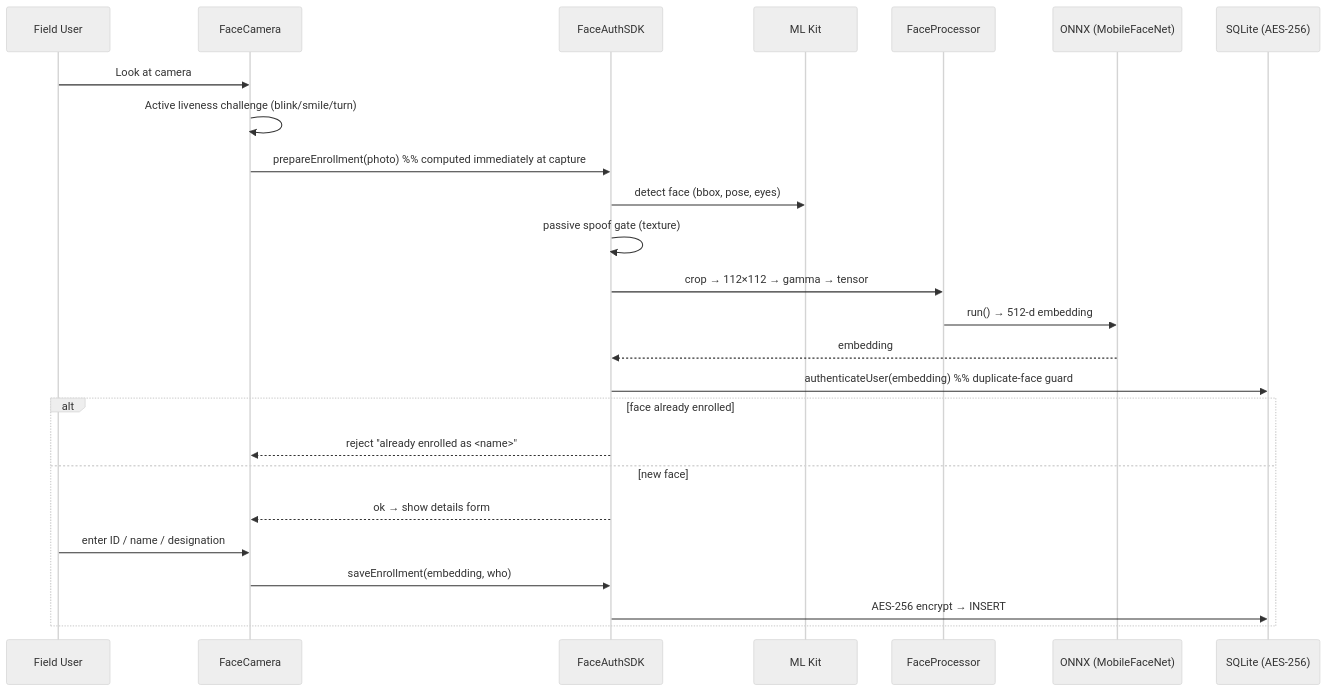
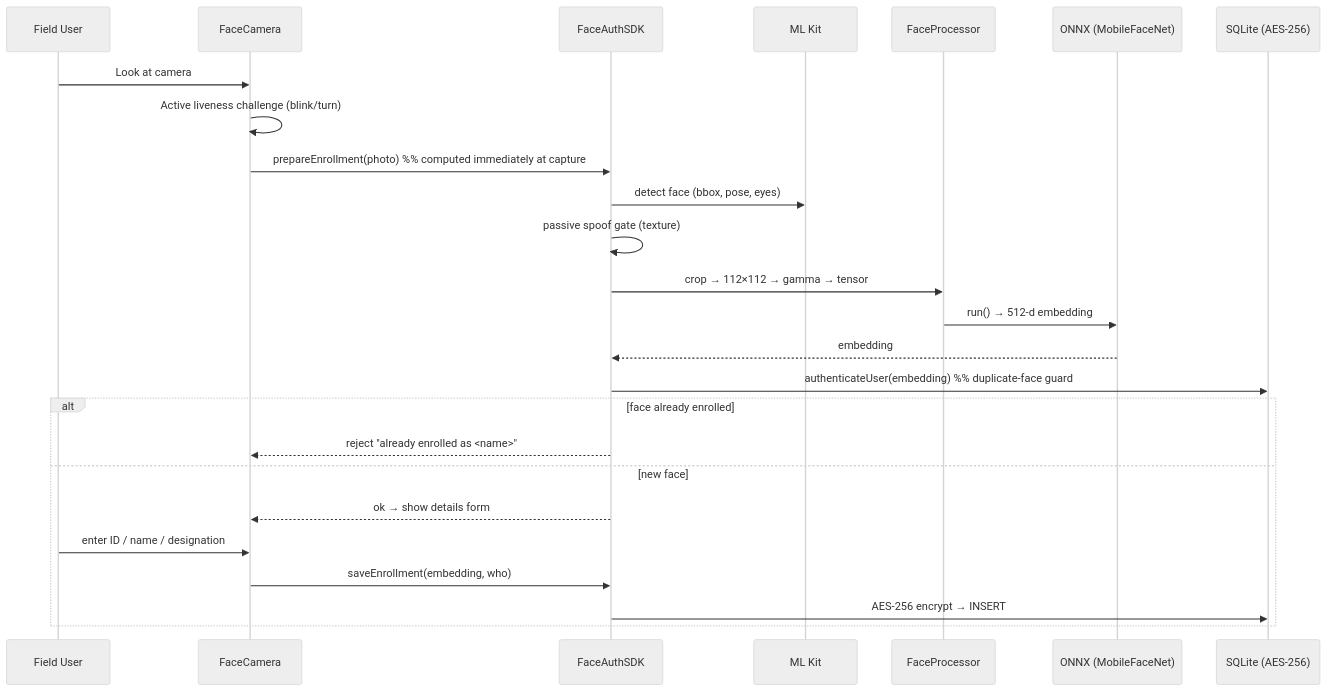
Before and after one commit to Parthmh361/FaceAuth-NHAI-Hackathon-7.0: the second of 5 diagrams in docs/ARCHITECTURE.md, drawn with Mermaid (neutral theme). The commit also changed other lines of this file and 7 other files, not shown here.

````diff
--- a/docs/ARCHITECTURE.md
+++ b/docs/ARCHITECTURE.md
@@ -105,28 +105,28 @@
 ```mermaid
 sequenceDiagram
     participant U as Field User
     participant FC as FaceCamera
     participant SDK as FaceAuthSDK
     participant ML as ML Kit
     participant FP as FaceProcessor
     participant ON as ONNX (MobileFaceNet)
     participant DB as SQLite (AES-256)
 
     U->>FC: Look at camera
-    FC->>FC: Active liveness challenge (blink/smile/turn)
+    FC->>FC: Active liveness challenge (blink/turn)
     FC->>SDK: prepareEnrollment(photo)  %% computed immediately at capture
     SDK->>ML: detect face (bbox, pose, eyes)
     SDK->>SDK: passive spoof gate (texture)
     SDK->>FP: crop → 112×112 → gamma → tensor
     FP->>ON: run() → 512-d embedding
     ON-->>SDK: embedding
     SDK->>DB: authenticateUser(embedding)  %% duplicate-face guard
     alt face already enrolled
         SDK-->>FC: reject "already enrolled as <name>"
     else new face
         SDK-->>FC: ok → show details form
         U->>FC: enter ID / name / designation
         FC->>SDK: saveEnrollment(embedding, who)
         SDK->>DB: AES-256 encrypt → INSERT
     end
 ```
````
